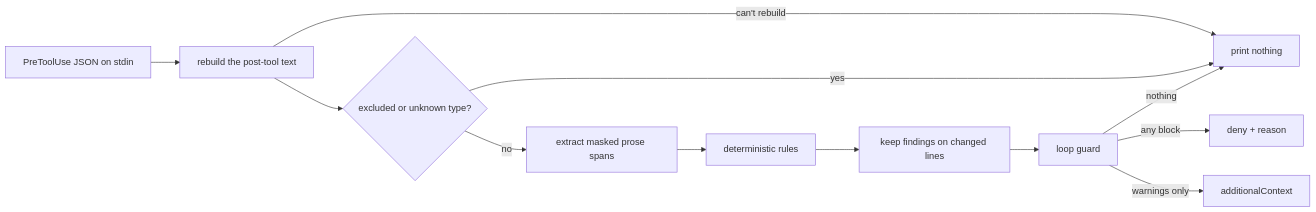
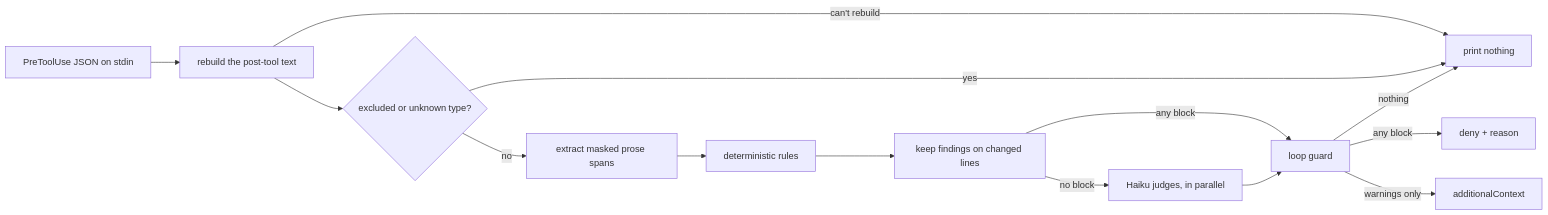
Before and after one commit to chotchki/voice-enforcer: the first of 2 diagrams in docs/design.md, drawn with Mermaid. The commit also changed other lines of this file and 36 other files, not shown here.

First line of the commit message:
Haiku judges run after the deterministic rules, disputes are next

````diff
--- a/docs/design.md
+++ b/docs/design.md
@@ -9,14 +9,16 @@
 ```mermaid
 flowchart LR
   CC[PreToolUse JSON on stdin] --> R[rebuild the post-tool text]
   R -->|can't rebuild| P[print nothing]
   R --> X{excluded or unknown type?}
   X -->|yes| P
   X -->|no| E[extract masked prose spans]
   E --> D[deterministic rules]
   D --> S[keep findings on changed lines]
-  S --> G[loop guard]
+  S -->|any block| G[loop guard]
+  S -->|no block| J[Haiku judges, in parallel]
+  J --> G
   G -->|any block| DENY[deny + reason]
   G -->|warnings only| CTX[additionalContext]
   G -->|nothing| P
 ```
````
